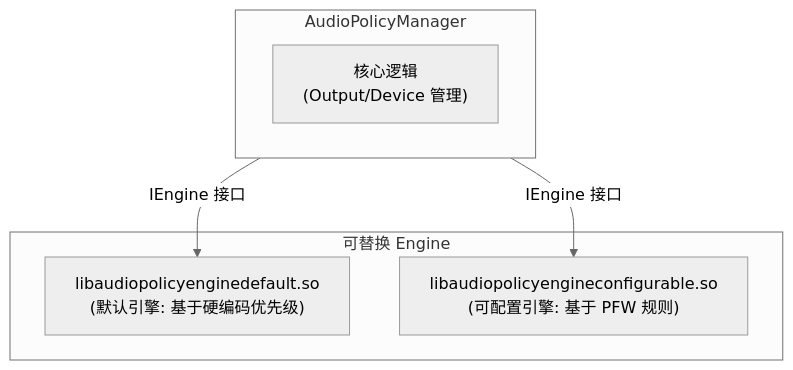
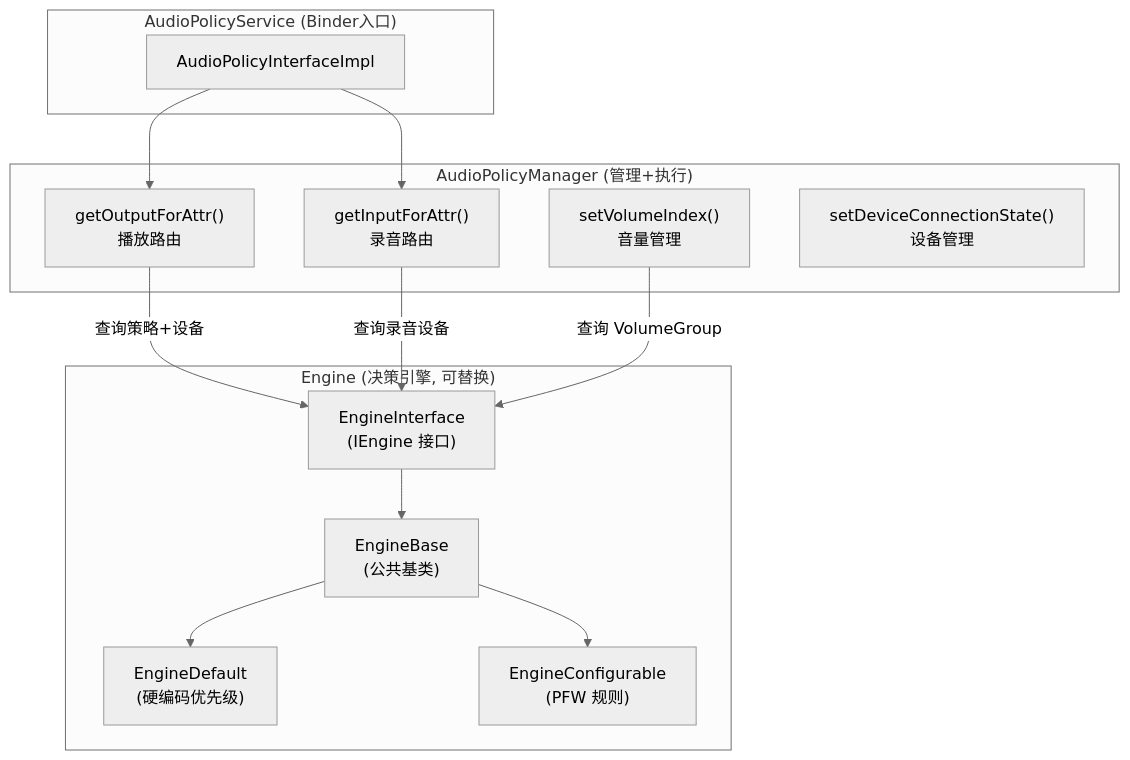
One commit to Sunliming001/awesome-audio-knowledge changed the second of 4 diagrams in 04-Android-Audio-Stack/06-AudioPolicy.md. Above: the diagram before and after it, drawn with Mermaid (neutral theme). The commit also changed other lines of this file and 1 other file, not shown here.

First line of the commit message:
docs: 三项大幅扩充 (AudioPolicy Engine + K歌场景 + AudioFlinger目录结构)

````diff
--- a/04-Android-Audio-Stack/06-AudioPolicy.md
+++ b/04-Android-Audio-Stack/06-AudioPolicy.md
@@ -554,14 +556,29 @@
 ```mermaid
 graph TD
-    subgraph APM ["AudioPolicyManager"]
-        CORE["核心逻辑<br/>(Output/Device 管理)"]
+    subgraph Service ["AudioPolicyService (Binder入口)"]
+        APS["AudioPolicyInterfaceImpl"]
     end
     
-    subgraph Engine ["可替换 Engine"]
-        DEFAULT["libaudiopolicyenginedefault.so<br/>(默认引擎: 基于硬编码优先级)"]
-        CONFIG["libaudiopolicyengineconfigurable.so<br/>(可配置引擎: 基于 PFW 规则)"]
+    subgraph Manager ["AudioPolicyManager (管理+执行)"]
+        APM_OUT["getOutputForAttr()<br/>播放路由"]
+        APM_IN["getInputForAttr()<br/>录音路由"]
+        APM_VOL["setVolumeIndex()<br/>音量管理"]
+        APM_DEV["setDeviceConnectionState()<br/>设备管理"]
     end
     
-    APM --> |"IEngine 接口"| DEFAULT
-    APM --> |"IEngine 接口"| CONFIG
+    subgraph Engine ["Engine (决策引擎, 可替换)"]
+        ENG_IF["EngineInterface<br/>(IEngine 接口)"]
+        ENG_BASE["EngineBase<br/>(公共基类)"]
+        ENG_DEFAULT["EngineDefault<br/>(硬编码优先级)"]
+        ENG_CONFIG["EngineConfigurable<br/>(PFW 规则)"]
+    end
+    
+    APS --> APM_OUT
+    APS --> APM_IN
+    APM_OUT --> |"查询策略+设备"| ENG_IF
+    APM_IN --> |"查询录音设备"| ENG_IF
+    APM_VOL --> |"查询 VolumeGroup"| ENG_IF
+    ENG_IF --> ENG_BASE
+    ENG_BASE --> ENG_DEFAULT
+    ENG_BASE --> ENG_CONFIG
 ```
````
